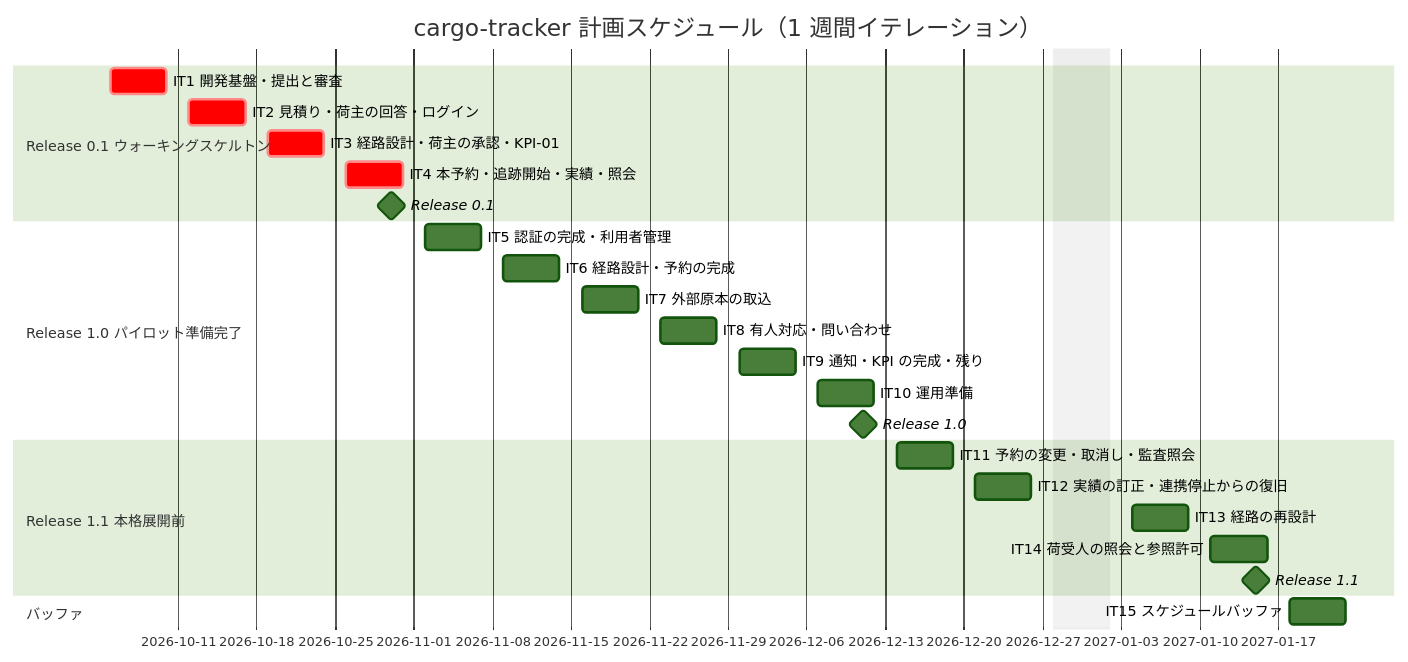
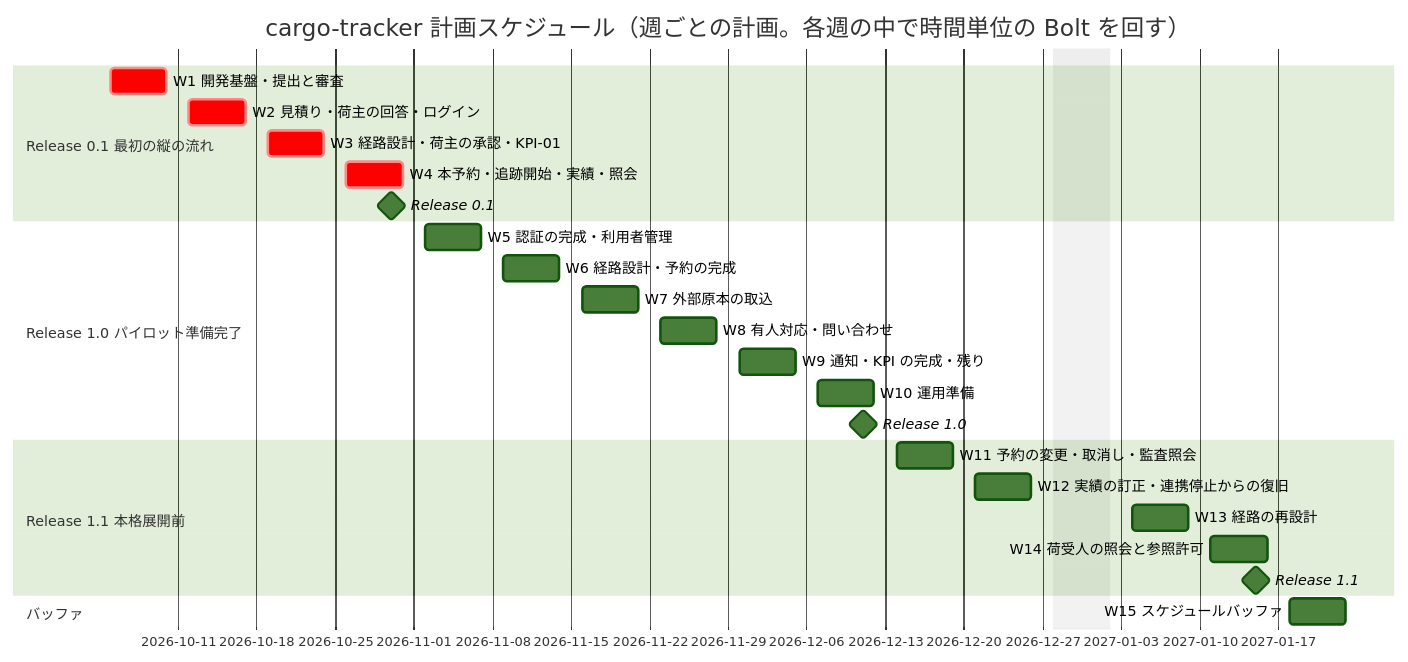
The first of 2 diagrams in docs/development/cargo-tracker/release_plan.md (k2works/practical-domain-driven-design-in-enterpris-application), drawn with Mermaid (forest theme) before and after one commit. The commit also changed other lines of this file and 5 other files, not shown here.

````diff
--- a/docs/development/cargo-tracker/release_plan.md
+++ b/docs/development/cargo-tracker/release_plan.md
@@ -197,28 +198,28 @@
 ```mermaid
 gantt
-    title cargo-tracker 計画スケジュール（1 週間イテレーション）
+    title cargo-tracker 計画スケジュール（週ごとの計画。各週の中で時間単位の Bolt を回す）
     dateFormat  YYYY-MM-DD
     excludes    2026-12-28, 2026-12-29, 2026-12-30, 2026-12-31, 2027-01-01
-    section Release 0.1 ウォーキングスケルトン
-    IT1 開発基盤・提出と審査          :crit, it1, 2026-10-05, 5d
-    IT2 見積り・荷主の回答・ログイン   :crit, it2, 2026-10-12, 5d
-    IT3 経路設計・荷主の承認・KPI-01   :crit, it3, 2026-10-19, 5d
-    IT4 本予約・追跡開始・実績・照会   :crit, it4, 2026-10-26, 5d
+    section Release 0.1 最初の縦の流れ
+    W1 開発基盤・提出と審査          :crit, it1, 2026-10-05, 5d
+    W2 見積り・荷主の回答・ログイン   :crit, it2, 2026-10-12, 5d
+    W3 経路設計・荷主の承認・KPI-01   :crit, it3, 2026-10-19, 5d
+    W4 本予約・追跡開始・実績・照会   :crit, it4, 2026-10-26, 5d
     Release 0.1                       :milestone, m1, 2026-10-30, 0d
     section Release 1.0 パイロット準備完了
-    IT5 認証の完成・利用者管理        :it5, 2026-11-02, 5d
-    IT6 経路設計・予約の完成          :it6, 2026-11-09, 5d
-    IT7 外部原本の取込                :it7, 2026-11-16, 5d
-    IT8 有人対応・問い合わせ          :it8, 2026-11-23, 5d
-    IT9 通知・KPI の完成・残り        :it9, 2026-11-30, 5d
-    IT10 運用準備                     :it10, 2026-12-07, 5d
+    W5 認証の完成・利用者管理        :it5, 2026-11-02, 5d
+    W6 経路設計・予約の完成          :it6, 2026-11-09, 5d
+    W7 外部原本の取込                :it7, 2026-11-16, 5d
+    W8 有人対応・問い合わせ          :it8, 2026-11-23, 5d
+    W9 通知・KPI の完成・残り        :it9, 2026-11-30, 5d
+    W10 運用準備                     :it10, 2026-12-07, 5d
     Release 1.0                       :milestone, m2, 2026-12-11, 0d
     section Release 1.1 本格展開前
-    IT11 予約の変更・取消し・監査照会  :it11, 2026-12-14, 5d
-    IT12 実績の訂正・連携停止からの復旧 :it12, 2026-12-21, 5d
-    IT13 経路の再設計                 :it13, 2027-01-04, 5d
-    IT14 荷受人の照会と参照許可        :it14, 2027-01-11, 5d
+    W11 予約の変更・取消し・監査照会  :it11, 2026-12-14, 5d
+    W12 実績の訂正・連携停止からの復旧 :it12, 2026-12-21, 5d
+    W13 経路の再設計                 :it13, 2027-01-04, 5d
+    W14 荷受人の照会と参照許可        :it14, 2027-01-11, 5d
     Release 1.1                       :milestone, m3, 2027-01-15, 0d
     section バッファ
-    IT15 スケジュールバッファ          :it15, 2027-01-18, 5d
+    W15 スケジュールバッファ          :it15, 2027-01-18, 5d
 ```
````
